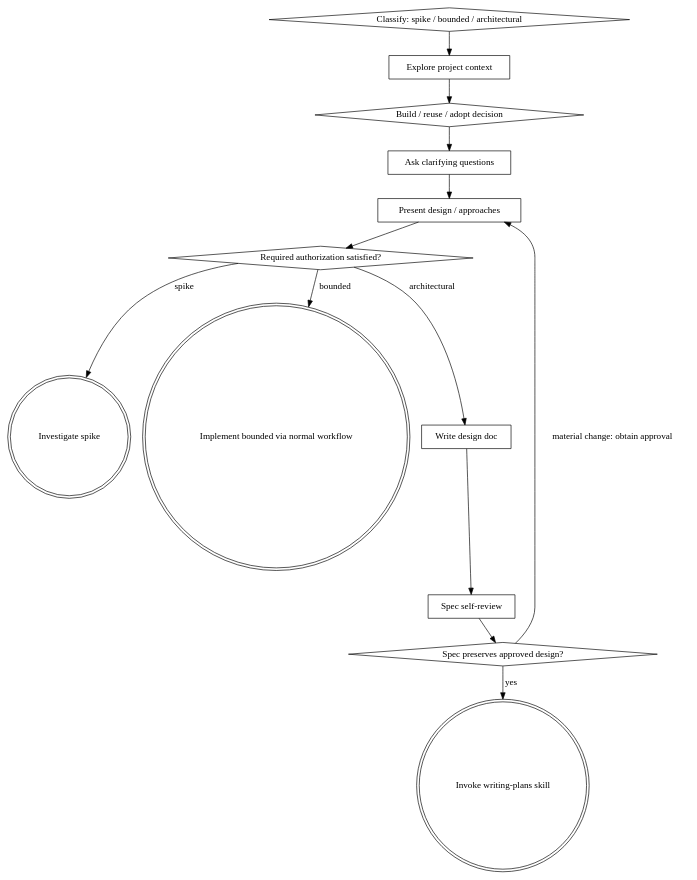
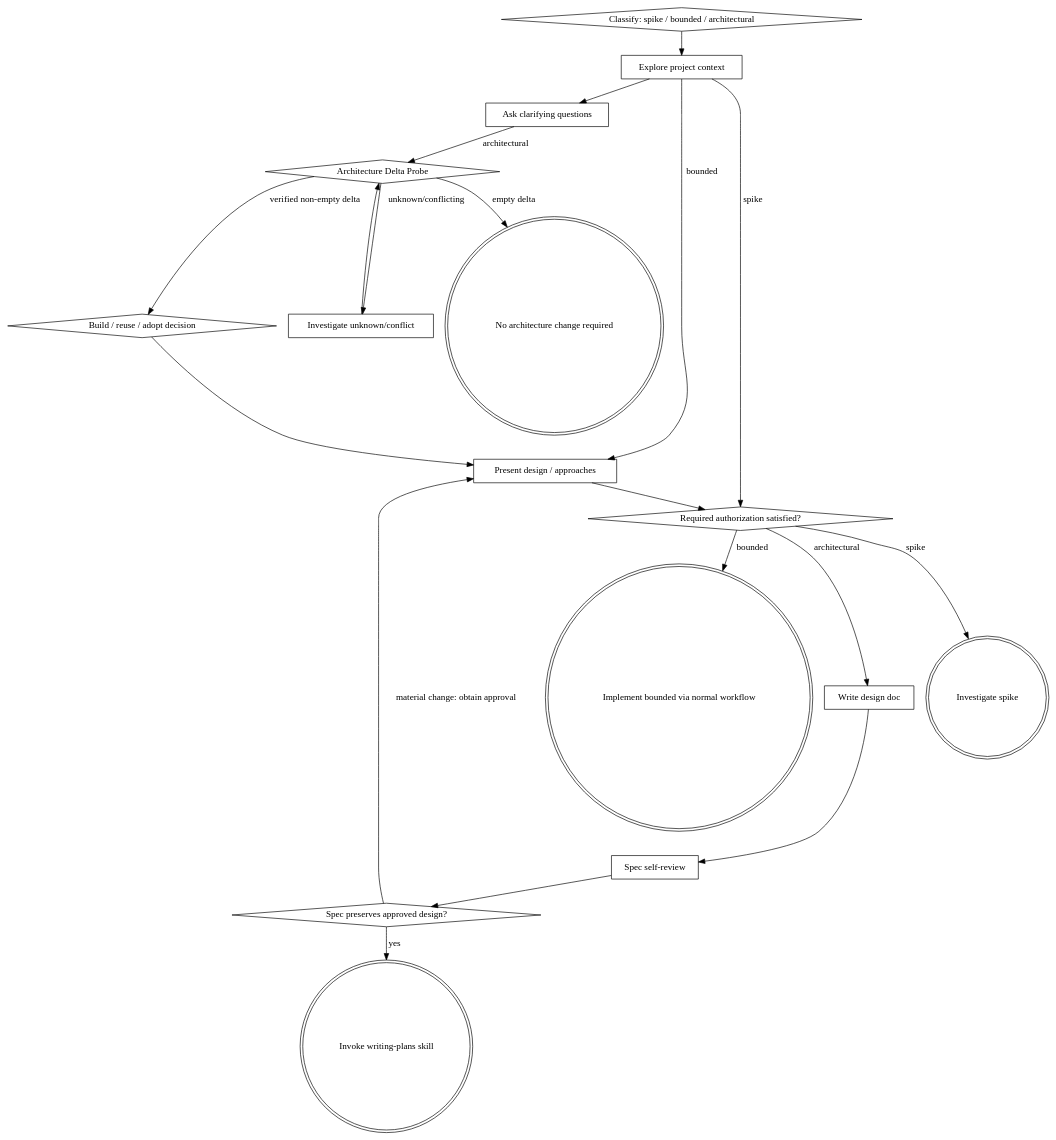
One commit to chris-han/livingware-engineer changed the diagram in skills/brainstorming/SKILL.md. Above: the diagram before and after it, drawn with Graphviz. The commit also changed other lines of this file, not shown here.

Commit message:
stage: govern architecture changes by verified delta

````diff
--- a/skills/brainstorming/SKILL.md
+++ b/skills/brainstorming/SKILL.md
@@ -123,29 +137,38 @@
 ```dot
 digraph brainstorming {
     "Classify: spike / bounded / architectural" [shape=diamond];
     "Explore project context" [shape=box];
+    "Ask clarifying questions" [shape=box];
+    "Architecture Delta Probe" [shape=diamond];
+    "No architecture change required" [shape=doublecircle];
+    "Investigate unknown/conflict" [shape=box];
     "Build / reuse / adopt decision" [shape=diamond];
-    "Ask clarifying questions" [shape=box];
     "Present design / approaches" [shape=box];
     "Required authorization satisfied?" [shape=diamond];
     "Investigate spike" [shape=doublecircle];
     "Implement bounded via normal workflow" [shape=doublecircle];
     "Write design doc" [shape=box];
     "Spec self-review" [shape=box];
     "Spec preserves approved design?" [shape=diamond];
     "Invoke writing-plans skill" [shape=doublecircle];
 
     "Classify: spike / bounded / architectural" -> "Explore project context";
-    "Explore project context" -> "Build / reuse / adopt decision";
-    "Build / reuse / adopt decision" -> "Ask clarifying questions";
-    "Ask clarifying questions" -> "Present design / approaches";
+    "Explore project context" -> "Ask clarifying questions";
+    "Ask clarifying questions" -> "Architecture Delta Probe" [label="architectural"];
+    "Architecture Delta Probe" -> "No architecture change required" [label="empty delta"];
+    "Architecture Delta Probe" -> "Investigate unknown/conflict" [label="unknown/conflicting"];
+    "Investigate unknown/conflict" -> "Architecture Delta Probe";
+    "Architecture Delta Probe" -> "Build / reuse / adopt decision" [label="verified non-empty delta"];
+    "Build / reuse / adopt decision" -> "Present design / approaches";
+    "Explore project context" -> "Present design / approaches" [label="bounded"];
+    "Explore project context" -> "Required authorization satisfied?" [label="spike"];
     "Present design / approaches" -> "Required authorization satisfied?";
     "Required authorization satisfied?" -> "Investigate spike" [label="spike"];
     "Required authorization satisfied?" -> "Implement bounded via normal workflow" [label="bounded"];
     "Required authorization satisfied?" -> "Write design doc" [label="architectural"];
     "Write design doc" -> "Spec self-review";
     "Spec self-review" -> "Spec preserves approved design?";
     "Spec preserves approved design?" -> "Present design / approaches" [label="material change: obtain approval"];
     "Spec preserves approved design?" -> "Invoke writing-plans skill" [label="yes"];
 }
 ```
````
